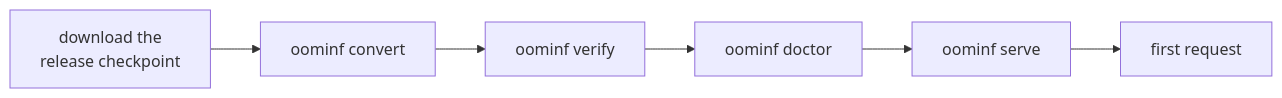
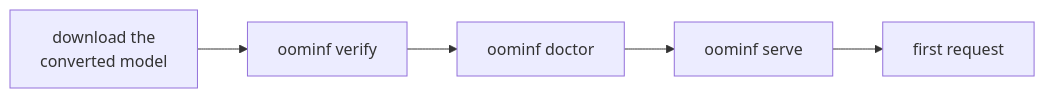
Before and after one commit to jomcgi-org/homelab: the diagram in projects/oom-inference/docs/guide/quickstart.md, drawn with Mermaid. The commit also changed other lines of this file and 3 other files, not shown here.

First line of the commit message:
docs(oom-inference): download the converted model; full GSM8K and partial GPQA results

````diff
--- a/projects/oom-inference/docs/guide/quickstart.md
+++ b/projects/oom-inference/docs/guide/quickstart.md
@@ -7,4 +7,4 @@
 ```mermaid
 flowchart LR
-  A["download the<br/>release checkpoint"] --> B["oominf convert"] --> C["oominf verify"] --> D["oominf doctor"] --> E["oominf serve"] --> F["first request"]
+  A["download the<br/>converted model"] --> C["oominf verify"] --> D["oominf doctor"] --> E["oominf serve"] --> F["first request"]
 ```
````
